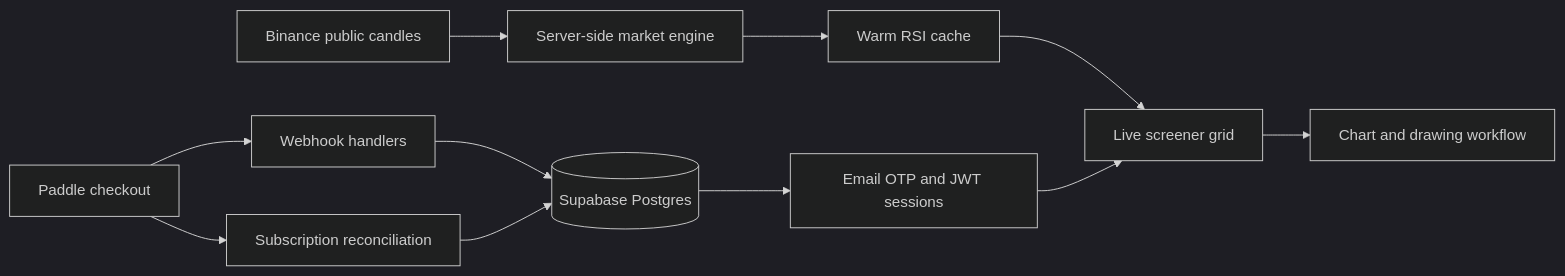
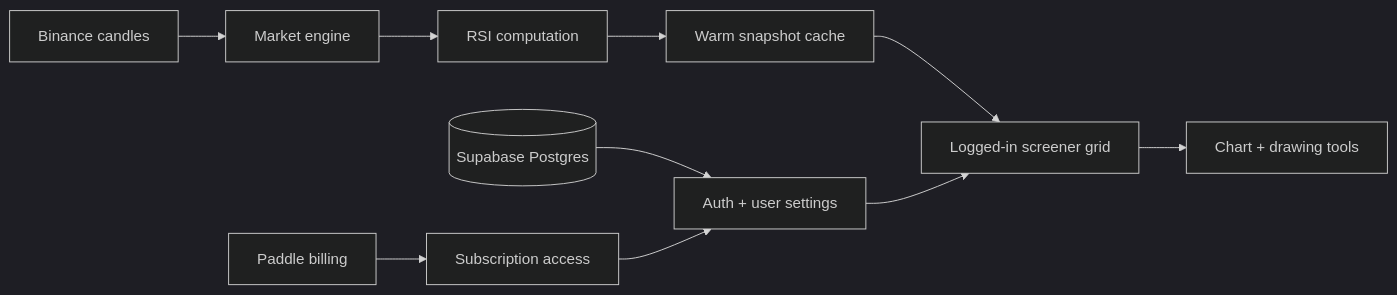
One commit to hamad-naeem/rsiscreener changed the diagram in README.md. Above: the diagram before and after it, drawn with Mermaid (dark theme). The commit also changed other lines of this file and 9 other files, not shown here.

````diff
--- a/README.md
+++ b/README.md
@@ -46,15 +50,14 @@
 ```mermaid
 flowchart LR
-  Binance[Binance public candles] --> Engine[Server-side market engine]
-  Engine --> Cache[Warm RSI cache]
-  Cache --> Grid[Live screener grid]
-  Grid --> Chart[Chart and drawing workflow]
+  Binance[Binance candles] --> Engine[Market engine]
+  Engine --> RSI[RSI computation]
+  RSI --> Cache[Warm snapshot cache]
+  Cache --> Grid[Logged-in screener grid]
+  Grid --> Chart[Chart + drawing tools]
 
-  Supabase[(Supabase Postgres)] --> Auth[Email OTP and JWT sessions]
+  Supabase[(Supabase Postgres)] --> Auth[Auth + user settings]
   Auth --> Grid
 
-  Paddle[Paddle checkout] --> Webhooks[Webhook handlers]
-  Webhooks --> Supabase
-  Paddle --> Reconcile[Subscription reconciliation]
-  Reconcile --> Supabase
+  Paddle[Paddle billing] --> Access[Subscription access]
+  Access --> Auth
 ```
````
